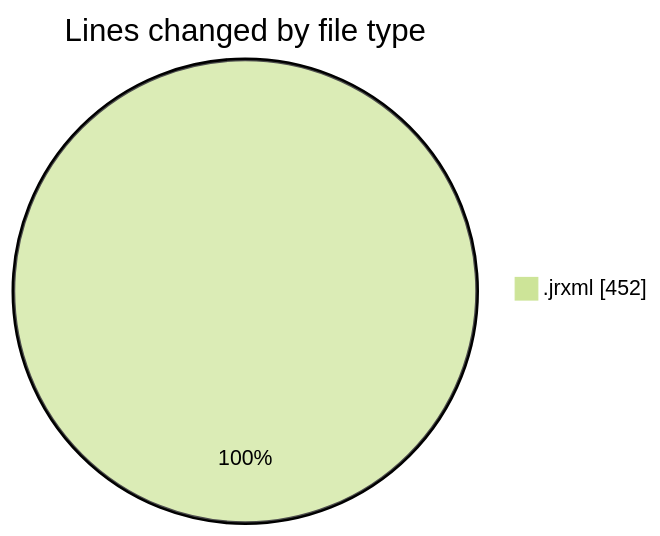
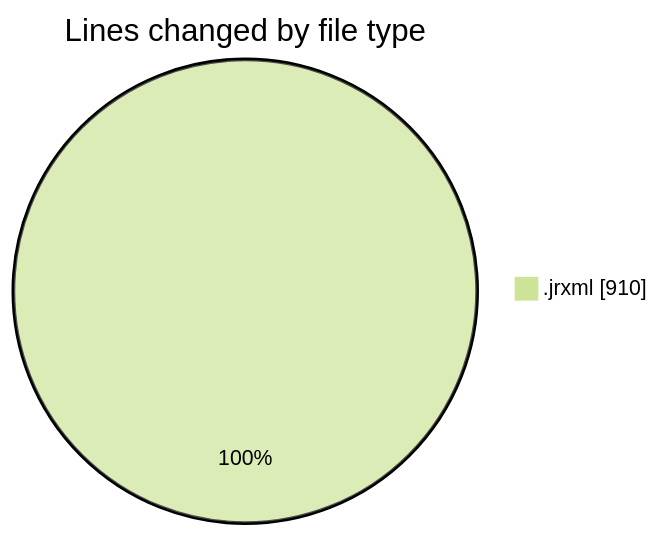
One commit to ricardozamudiocil/code-tracking changed the first of 2 diagrams in 2026-04-22/cilreports__workspace_/README.md. Above: the diagram before and after it, drawn with Mermaid (forest theme). The commit also changed other lines of this file and 1 other file, not shown here.

````diff
--- a/2026-04-22/cilreports__workspace_/README.md
+++ b/2026-04-22/cilreports__workspace_/README.md
@@ -20,5 +21,5 @@
 ```mermaid
 pie showData
 title Lines changed by file type
-".jrxml" : 452
+".jrxml" : 910
 ```
````
